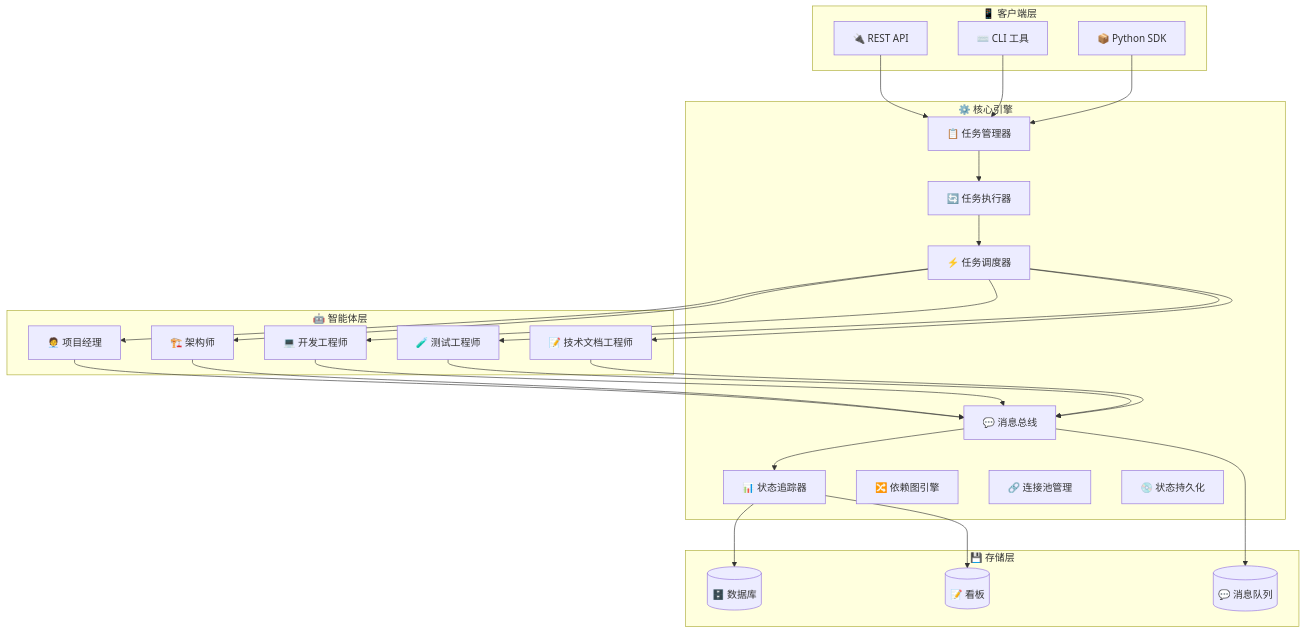
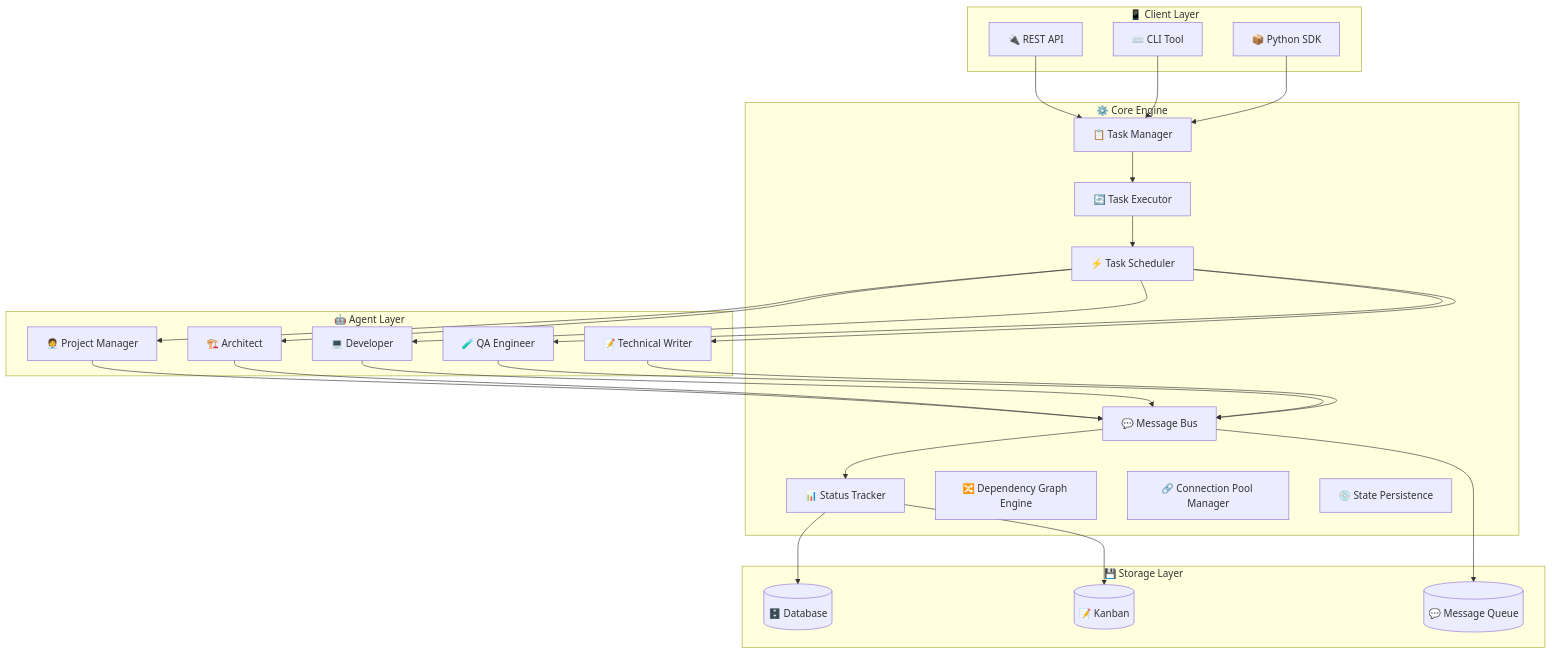
One commit to none-ai/AgentCrew changed the second of 4 diagrams in README.md. Above: the diagram before and after it, drawn with Mermaid. The commit also changed other lines of this file and 2 other files, not shown here.

````diff
--- a/README.md
+++ b/README.md
@@ -159,53 +159,53 @@
 ```mermaid
 graph TB
-    subgraph Client["📱 客户端层"]
+    subgraph Client["📱 Client Layer"]
         API[🔌 REST API]
-        CLI[⌨️ CLI 工具]
+        CLI[⌨️ CLI Tool]
         SDK[📦 Python SDK]
     end
     
-    subgraph Core["⚙️ 核心引擎"]
-        TM[📋 任务管理器]
-        TE[🔄 任务执行器]
-        TS[⚡ 任务调度器]
-        MB[💬 消息总线]
-        ST[📊 状态追踪器]
-        DG[🔀 依赖图引擎]
-        CP[🔗 连接池管理]
-        PS[💿 状态持久化]
+    subgraph Core["⚙️ Core Engine"]
+        TM[📋 Task Manager]
+        TE[🔄 Task Executor]
+        TS[⚡ Task Scheduler]
+        MB[💬 Message Bus]
+        ST[📊 Status Tracker]
+        DG[🔀 Dependency Graph Engine]
+        CP[🔗 Connection Pool Manager]
+        PS[💿 State Persistence]
     end
     
-    subgraph Agents["🤖 智能体层"]
-        PM[🧑‍💼 项目经理]
-        ARCH[🏗️ 架构师]
-        DEV[💻 开发工程师]
-        QA[🧪 测试工程师]
-        TW[📝 技术文档工程师]
+    subgraph Agents["🤖 Agent Layer"]
+        PM[🧑‍💼 Project Manager]
+        ARCH[🏗️ Architect]
+        DEV[💻 Developer]
+        QA[🧪 QA Engineer]
+        TW[📝 Technical Writer]
     end
     
-    subgraph Storage["💾 存储层"]
-        DB[(🗄️ 数据库)]
-        KC[(📝 看板)]
-        CM[(💬 消息队列)]
+    subgraph Storage["💾 Storage Layer"]
+        DB[(🗄️ Database)]
+        KC[(📝 Kanban)]
+        CM[(💬 Message Queue)]
     end
     
     API --> TM
     CLI --> TM
     SDK --> TM
     TM --> TE
     TE --> TS
     TS --> PM
     TS --> ARCH
     TS --> DEV
     TS --> QA
     TS --> TW
     PM --> MB
     ARCH --> MB
     DEV --> MB
     QA --> MB
     TW --> MB
     MB --> ST
     ST --> DB
     ST --> KC
     MB --> CM
 ```
````
